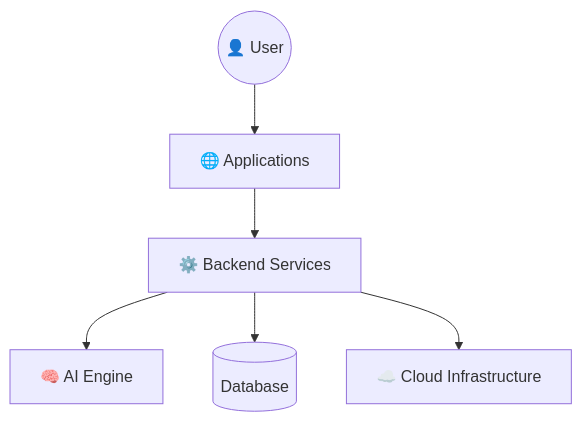
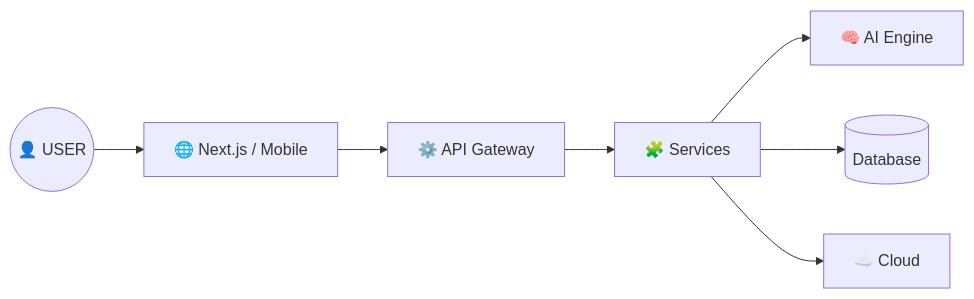
One commit to pmtking/pmtking changed the second of 2 diagrams in README.md. Above: the diagram before and after it, drawn with Mermaid. The commit also changed other lines of this file, not shown here.

````diff
--- a/README.md
+++ b/README.md
@@ -253,33 +321,39 @@
 ```mermaid
-flowchart TB
+flowchart LR
 
 
-USER((👤 User))
+USER((👤 USER))
 
 
-APP[🌐 Applications]
+APP[🌐 Next.js / Mobile]
 
 
-API[⚙️ Backend Services]
+API[⚙️ API Gateway]
+
+
+SERVICE[🧩 Services]
 
 
 AI[🧠 AI Engine]
 
 
-DATA[(Database)]
+DB[(Database)]
 
 
-CLOUD[☁️ Cloud Infrastructure]
+CLOUD[☁️ Cloud]
 
 
 USER --> APP
 
 APP --> API
 
-API --> AI
+API --> SERVICE
 
-API --> DATA
+SERVICE --> AI
 
-API --> CLOUD
+SERVICE --> DB
+
+SERVICE --> CLOUD
+
 
 ```
````
